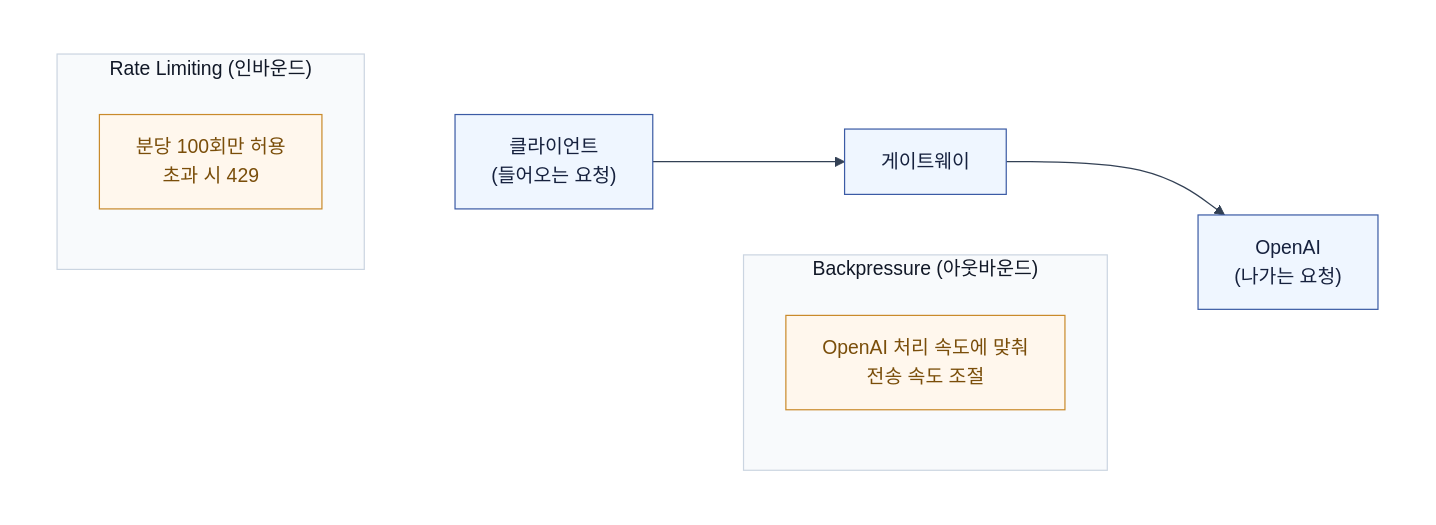
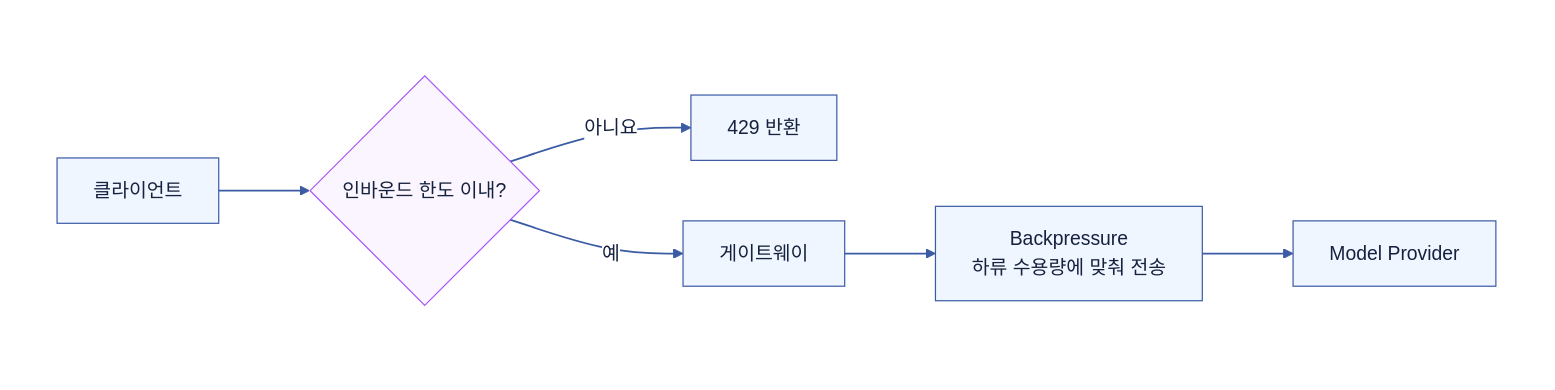
One commit to Hyune-s-lab/my-ai-study changed the second of 2 diagrams in computer-science/2607-rate-limiting.md. Above: the diagram before and after it, drawn with Mermaid. The commit also changed other lines of this file and 28 other files, not shown here.

Commit message:
docs: Mermaid 호환성과 문서 가독성 개선

````diff
--- a/computer-science/2607-rate-limiting.md
+++ b/computer-science/2607-rate-limiting.md
@@ -75,43 +63,20 @@
 ```mermaid
----
-config:
-  theme: base
-  darkMode: false
-  themeVariables:
-    background: "#ffffff"
-    primaryColor: "#ffffff"
-    primaryTextColor: "#111827"
-    primaryBorderColor: "#475569"
-    lineColor: "#334155"
-    edgeLabelBackground: "#ffffff"
----
 flowchart LR
+%%{init: {"theme": "base", "darkMode": false, "themeVariables": {"background": "#ffffff", "primaryColor": "#EFF6FF", "primaryTextColor": "#16213E", "primaryBorderColor": "#3B5BA5", "secondaryColor": "#F0FDF4", "tertiaryColor": "#FAF5FF", "lineColor": "#3B5BA5", "textColor": "#16213E", "edgeLabelBackground": "#ffffff", "clusterBkg": "#F8FAFC", "clusterBorder": "#CBD5E1"}}}%%
   subgraph canvas[" "]
     direction LR
-    client["클라이언트\n(들어오는 요청)"]
-    gateway["게이트웨이"]
-    downstream["OpenAI\n(나가는 요청)"]
-
-    client --> gateway
-    gateway --> downstream
-
-    subgraph rl["Rate Limiting (인바운드)"]
-      rl1["분당 100회만 허용\n초과 시 429"]
-    end
-
-    subgraph bp["Backpressure (아웃바운드)"]
-      bp1["OpenAI 처리 속도에 맞춰\n전송 속도 조절"]
-    end
-
-    rl ~~~ client
-    bp ~~~ downstream
+    client["클라이언트"] --> rl{"인바운드 한도 이내?"}
+    rl -->|"아니요"| reject["429 반환"]
+    rl -->|"예"| gateway["게이트웨이"]
+    gateway --> bp["Backpressure<br/>하류 수용량에 맞춰 전송"]
+    bp --> downstream["Model Provider"]
   end
-
+  style canvas fill:#ffffff,stroke:#ffffff,color:#111827
+  linkStyle default stroke:#3B5BA5,stroke-width:1.5px
   classDef app fill:#EFF6FF,stroke:#3B5BA5,stroke-width:1px,color:#16213E
-  classDef ctrl fill:#FFF7ED,stroke:#C98A2B,stroke-width:1px,color:#7A4E0A
-  class client,gateway,downstream app
-  class rl1,bp1 ctrl
-  style rl fill:#F8FAFC,stroke:#CBD5E1,stroke-width:1px,color:#111827
-  style bp fill:#F8FAFC,stroke:#CBD5E1,stroke-width:1px,color:#111827
-  style canvas fill:#ffffff,stroke:#ffffff,stroke-width:0px,color:#111827
+  class client,reject,gateway,bp,downstream app
+  classDef db fill:#F0FDF4,stroke:#3F8E55,stroke-width:1px,color:#16213E
+  classDef policy fill:#FAF5FF,stroke:#A855F7,stroke-width:1px,color:#16213E
+  class rl policy
+  classDef worker fill:#FFF7ED,stroke:#C98A2B,stroke-width:1px,color:#16213E
 ```
````
